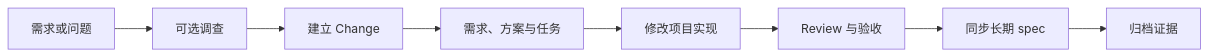
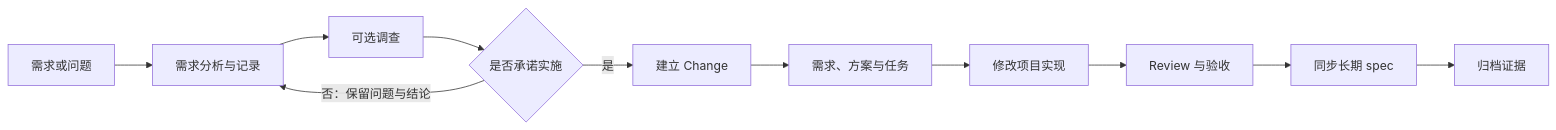
The diagram in docs/workflow-guide.md (Eridanus117/delivery-spec-runtime), drawn with Mermaid before and after one commit. The commit also changed other lines of this file and 88 other files, not shown here.

````diff
--- a/docs/workflow-guide.md
+++ b/docs/workflow-guide.md
@@ -18,19 +18,24 @@
 ```mermaid
 flowchart LR
     Input[需求或问题]
+    Intake[需求分析与记录]
     Explore[可选调查]
+    Decision{是否承诺实施}
     Change[建立 Change]
     Plan[需求、方案与任务]
     Apply[修改项目实现]
     Verify[Review 与验收]
     Spec[同步长期 spec]
     Archive[归档证据]
 
-    Input --> Explore
-    Explore --> Change
+    Input --> Intake
+    Intake --> Explore
+    Explore --> Decision
+    Decision -->|否：保留问题与结论| Intake
+    Decision -->|是| Change
     Change --> Plan
     Plan --> Apply
     Apply --> Verify
     Verify --> Spec
     Spec --> Archive
 ```
````
